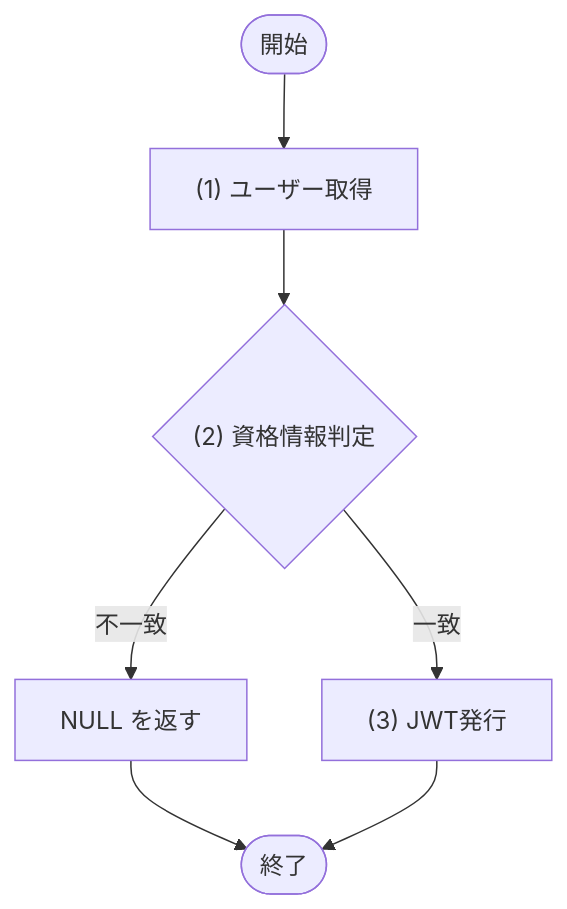
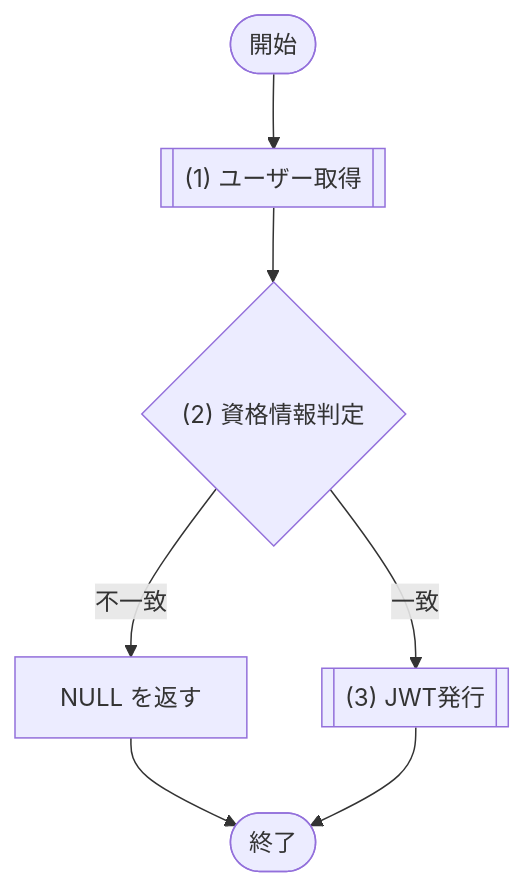
The first of 2 diagrams in docs/03_機能設計/05_モジュール設計/MOD-001_認証サービス.md (sikakou54/system-document-template), drawn with Mermaid before and after one commit. The commit also changed other lines of this file and 28 other files, not shown here.

````diff
--- a/docs/03_機能設計/05_モジュール設計/MOD-001_認証サービス.md
+++ b/docs/03_機能設計/05_モジュール設計/MOD-001_認証サービス.md
@@ -53,13 +53,13 @@
 ```mermaid
 flowchart TD
   Start([開始])
-  P1["(1) ユーザー取得"]
+  P1[["(1) ユーザー取得"]]
   D1{"(2) 資格情報判定"}
-  P2["(3) JWT発行"]
+  P2[["(3) JWT発行"]]
   E1["NULL を返す"]
   End([終了])
 
   Start --> P1 --> D1
   D1 -- "不一致" --> E1 --> End
   D1 -- "一致" --> P2 --> End
 ```
````
